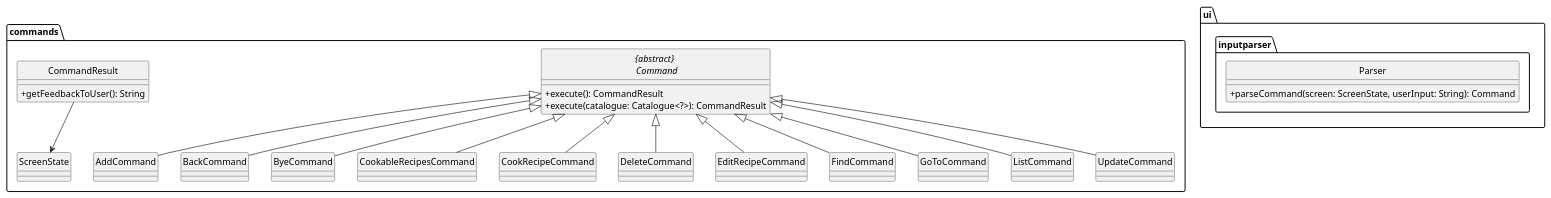
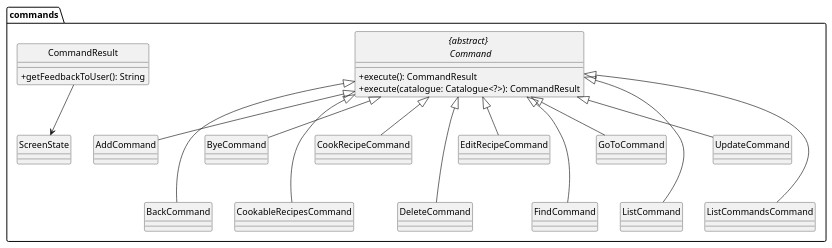
One commit to ChingWhee/tp changed the diagram in docs/diagrams/logic.puml. Above: the diagram before and after it, drawn with PlantUML. The commit also changed 7 other files, not shown here.

Commit message:
uml diagram

```diff
--- a/docs/diagrams/logic.puml
+++ b/docs/diagrams/logic.puml
@@ -1,50 +1,47 @@
 @startuml
 hide circle
 skinparam classAttributeIconSize 0
 
 package "commands" {
-
     abstract class "{abstract} \n Command" {
         + execute(): CommandResult
         + execute(catalogue: Catalogue<?>): CommandResult
     }
 
     class AddCommand
     class BackCommand
     class ByeCommand
     class CookableRecipesCommand
     class CookRecipeCommand
     class DeleteCommand
     class EditRecipeCommand
     class FindCommand
     class GoToCommand
     class ListCommand
     class UpdateCommand
+    class ListCommandsCommand
 
     "{abstract} \n Command" <|-- AddCommand
-    "{abstract} \n Command" <|-- BackCommand
+    "{abstract} \n Command" <|--- BackCommand
     "{abstract} \n Command" <|-- ByeCommand
-    "{abstract} \n Command" <|-- CookableRecipesCommand
+    "{abstract} \n Command" <|--- CookableRecipesCommand
     "{abstract} \n Command" <|-- CookRecipeCommand
-    "{abstract} \n Command" <|-- DeleteCommand
+    "{abstract} \n Command" <|--- DeleteCommand
     "{abstract} \n Command" <|-- EditRecipeCommand
-    "{abstract} \n Command" <|-- FindCommand
+    "{abstract} \n Command" <|--- FindCommand
     "{abstract} \n Command" <|-- GoToCommand
-    "{abstract} \n Command" <|-- ListCommand
+    "{abstract} \n Command" <|--- ListCommand
     "{abstract} \n Command" <|-- UpdateCommand
+    "{abstract} \n Command" <|--- ListCommandsCommand
 
     class CommandResult {
         + getFeedbackToUser(): String
     }
 
     class ScreenState
     CommandResult --> ScreenState
 }
 
-package "ui.inputparser" {
-    class Parser {
-        + parseCommand(screen: ScreenState, userInput: String): Command
-    }
-}
+
 
 @enduml
```
